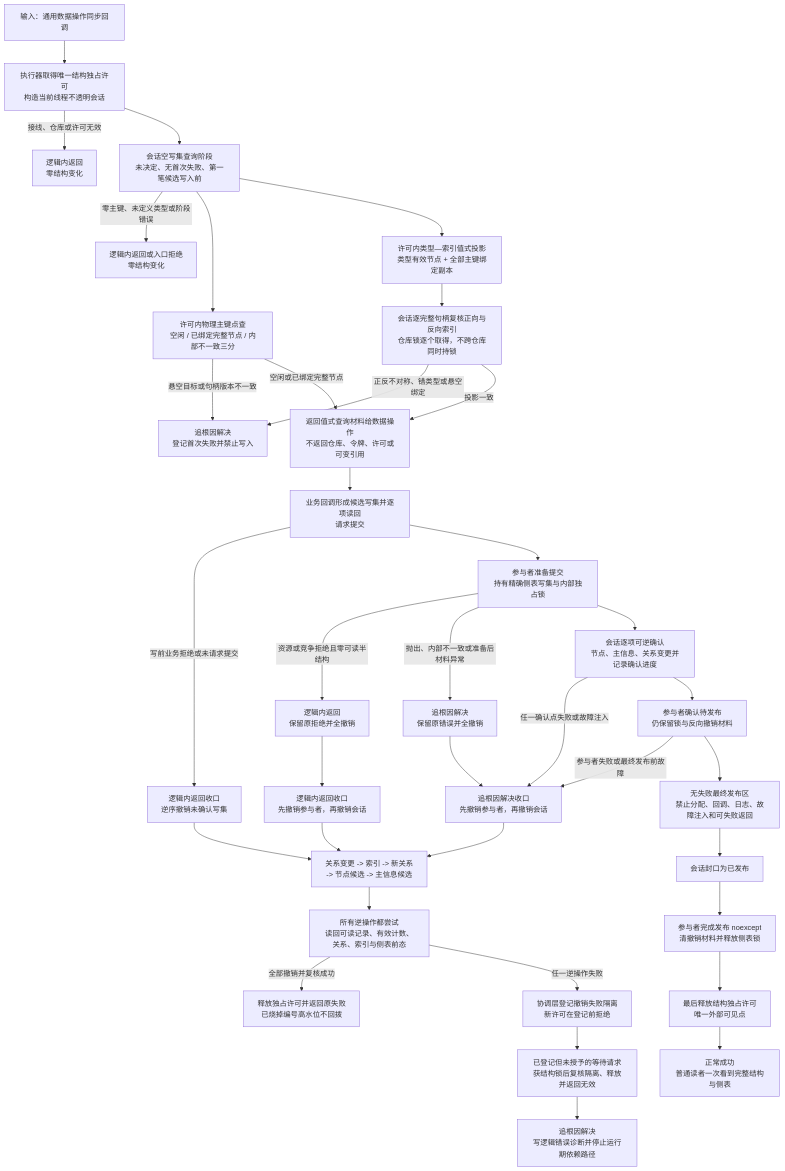
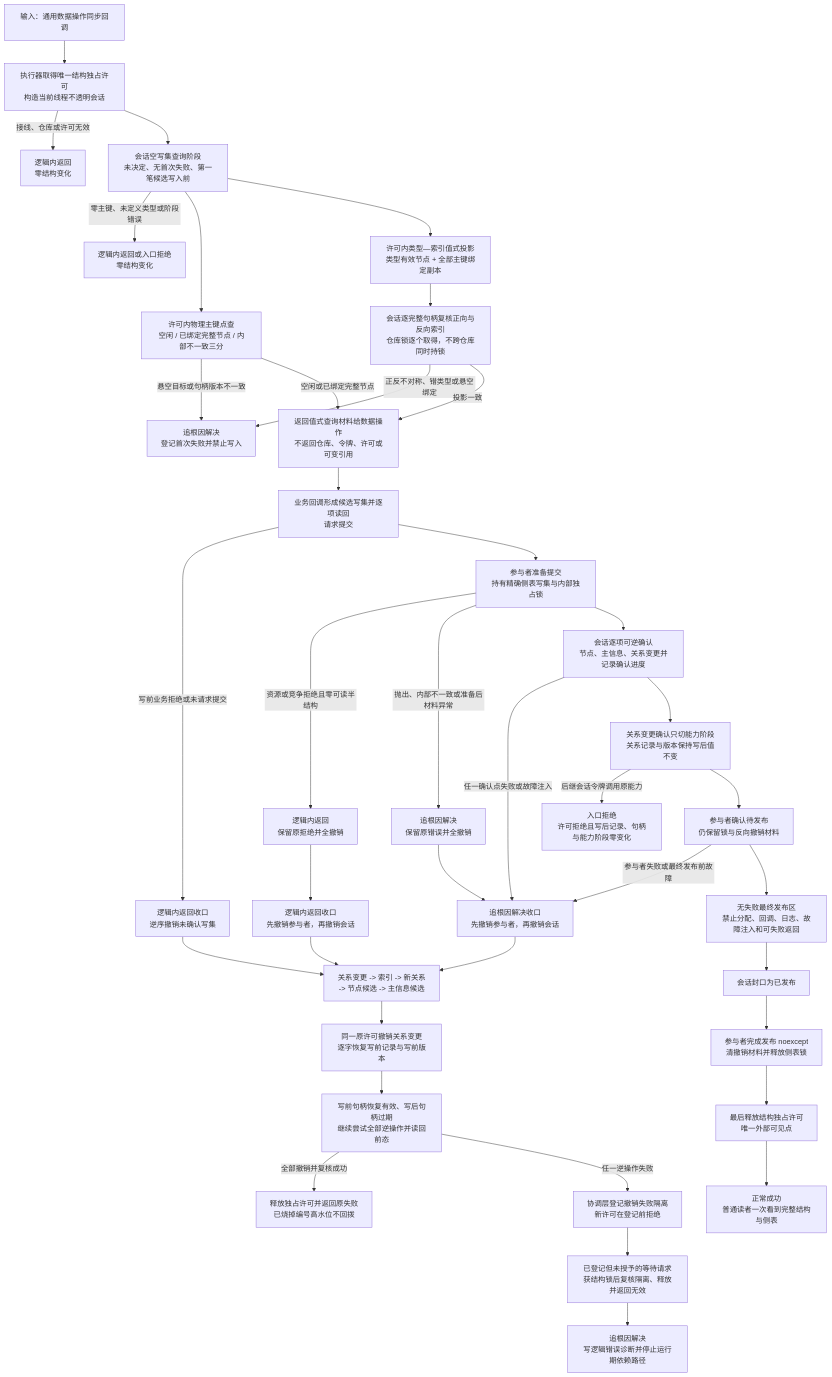
The diagram in 流程图/20260717_不透明结构写入会话许可内探测计量与全参与者原子收口代码逻辑流程图_v0.1.md (chunhaizh-cyber/HY-Ego), drawn with Mermaid before and after one commit. The commit also changed other lines of this file and 13 other files, not shown here.

````diff
--- a/流程图/20260717_不透明结构写入会话许可内探测计量与全参与者原子收口代码逻辑流程图_v0.1.md
+++ b/流程图/20260717_不透明结构写入会话许可内探测计量与全参与者原子收口代码逻辑流程图_v0.1.md
@@ -30,38 +31,41 @@
 ```mermaid
 flowchart TD
     A["输入：通用数据操作同步回调"] --> B["执行器取得唯一结构独占许可<br/>构造当前线程不透明会话"]
     B -->|"接线、仓库或许可无效"| L1["逻辑内返回<br/>零结构变化"]
     B --> C["会话空写集查询阶段<br/>未决定、无首次失败、第一笔候选写入前"]
     C -->|"零主键、未定义类型或阶段错误"| L2["逻辑内返回或入口拒绝<br/>零结构变化"]
     C --> D["许可内物理主键点查<br/>空闲 / 已绑定完整节点 / 内部不一致三分"]
     D -->|"悬空目标或句柄版本不一致"| R1["追根因解决<br/>登记首次失败并禁止写入"]
     D -->|"空闲或已绑定完整节点"| G
     C --> E["许可内类型—索引值式投影<br/>类型有效节点 + 全部主键绑定副本"]
     E --> F["会话逐完整句柄复核正向与反向索引<br/>仓库锁逐个取得，不跨仓库同时持锁"]
     F -->|"正反不对称、错类型或悬空绑定"| R1
     F -->|"投影一致"| G["返回值式查询材料给数据操作<br/>不返回仓库、令牌、许可或可变引用"]
     G --> H["业务回调形成候选写集并逐项读回<br/>请求提交"]
     H -->|"写前业务拒绝或未请求提交"| X1["逻辑内返回收口<br/>逆序撤销未确认写集"]
     H --> I["参与者准备提交<br/>持有精确侧表写集与内部独占锁"]
     I -->|"资源或竞争拒绝且零可读半结构"| I1["逻辑内返回<br/>保留原拒绝并全撤销"]
     I -->|"抛出、内部不一致或准备后材料异常"| I2["追根因解决<br/>保留原错误并全撤销"]
     I1 --> X2L["逻辑内返回收口<br/>先撤销参与者，再撤销会话"]
     I2 --> X2R["追根因解决收口<br/>先撤销参与者，再撤销会话"]
     I --> J["会话逐项可逆确认<br/>节点、主信息、关系变更并记录确认进度"]
     J -->|"任一确认点失败或故障注入"| X2R
-    J --> K["参与者确认待发布<br/>仍保留锁与反向撤销材料"]
+    J --> J1["关系变更确认只切能力阶段<br/>关系记录与版本保持写后值不变"]
+    J1 -->|"后继会话令牌调用原能力"| L4["入口拒绝<br/>许可拒绝且写后记录、句柄与能力阶段零变化"]
+    J1 --> K["参与者确认待发布<br/>仍保留锁与反向撤销材料"]
     K -->|"参与者失败或最终发布前故障"| X2R
     K --> P["无失败最终发布区<br/>禁止分配、回调、日志、故障注入和可失败返回"]
     P --> P1["会话封口为已发布"]
     P1 --> P2["参与者完成发布 noexcept<br/>清撤销材料并释放侧表锁"]
     P2 --> U["最后释放结构独占许可<br/>唯一外部可见点"]
     U --> S["正常成功<br/>普通读者一次看到完整结构与侧表"]
     X1 --> X3["关系变更 -> 索引 -> 新关系<br/>-> 节点候选 -> 主信息候选"]
     X2L --> X3
     X2R --> X3
-    X3 --> X4["所有逆操作都尝试<br/>读回可读记录、有效计数、关系、索引与侧表前态"]
+    X3 --> X3R["同一原许可撤销关系变更<br/>逐字恢复写前记录与写前版本"]
+    X3R --> X4["写前句柄恢复有效、写后句柄过期<br/>继续尝试全部逆操作并读回前态"]
     X4 -->|"全部撤销并复核成功"| L3["释放独占许可并返回原失败<br/>已烧掉编号高水位不回拨"]
     X4 -->|"任一逆操作失败"| Q["协调层登记撤销失败隔离<br/>新许可在登记前拒绝"]
     Q --> Q1["已登记但未授予的等待请求<br/>获结构锁后复核隔离、释放并返回无效"]
     Q1 --> R2["追根因解决<br/>写逻辑错误诊断并停止运行期依赖路径"]
 ```
````
